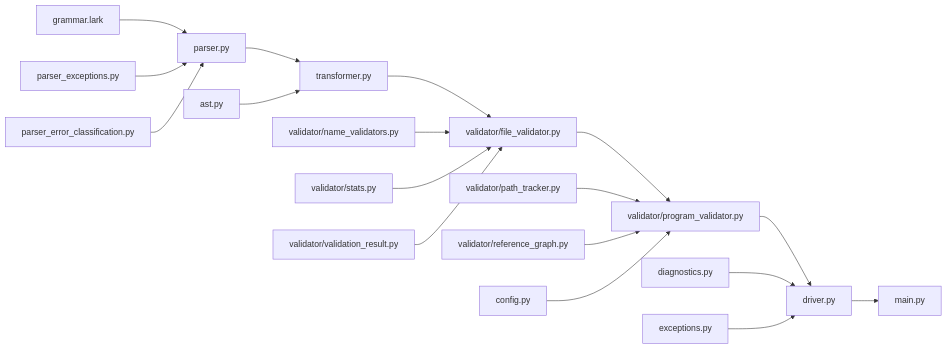
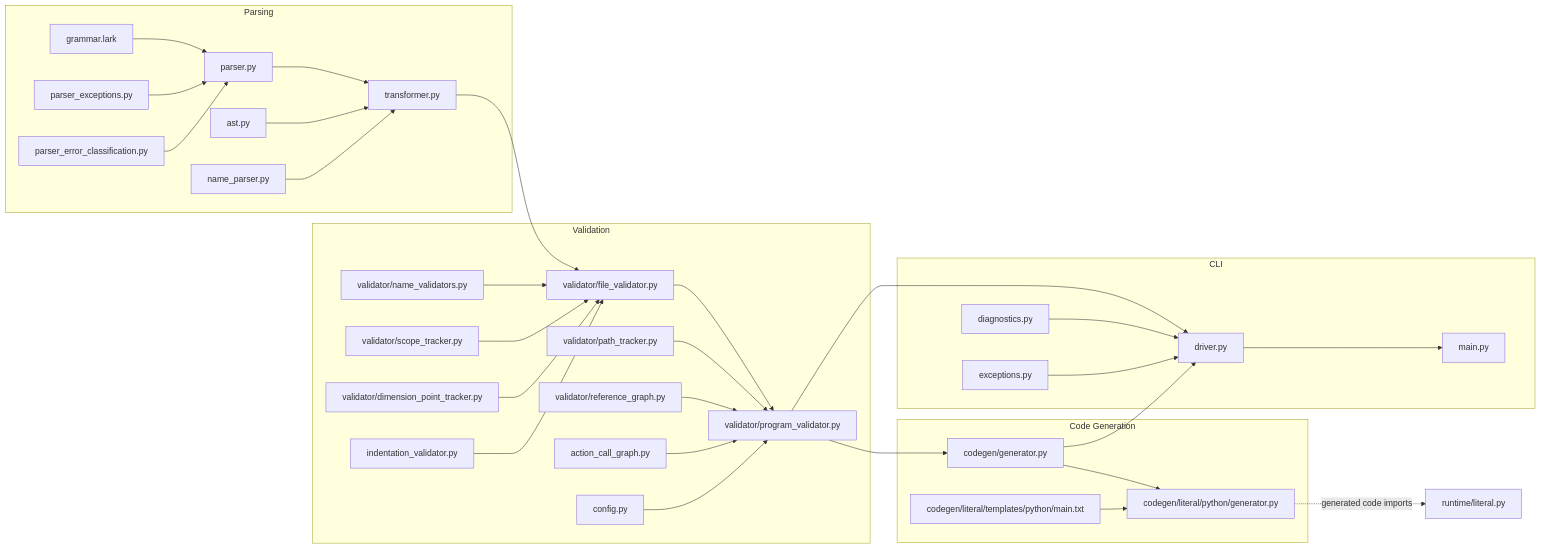
Before and after one commit to define-lang/define: the diagram in define/AGENTS.md, drawn with Mermaid. The commit also changed other lines of this file, not shown here.

Commit message:
Update AGENTS.md with current compiler architecture
Add code generation section with regen tool instructions and rewrite
the Mermaid diagram to reflect the full compiler pipeline including
code generation, runtime, and all current modules.

````diff
--- a/define/AGENTS.md
+++ b/define/AGENTS.md
@@ -26,22 +26,40 @@
 ```mermaid
 flowchart LR
-    Grammar["grammar.lark"] --> Parser["parser.py"]
-    ParseErrors["parser_exceptions.py"] --> Parser
-    ParserErrorClassification["parser_error_classification.py"] --> Parser
-    Parser --> Transformer["transformer.py"]
-    AST["ast.py"] --> Transformer
-    Transformer --> FileValidator["validator/file_validator.py"]
-    NameValidators["validator/name_validators.py"] --> FileValidator
-    Stats["validator/stats.py"] --> FileValidator
-    ValidationResult["validator/validation_result.py"] --> FileValidator
-    FileValidator --> ProgramValidator["validator/program_validator.py"]
-    PathTracker["validator/path_tracker.py"] --> ProgramValidator
-    ReferenceGraph["validator/reference_graph.py"] --> ProgramValidator
-    ProgramValidator --> Driver["driver.py"]
+    subgraph Parsing
+        Grammar["grammar.lark"] --> Parser["parser.py"]
+        ParseErrors["parser_exceptions.py"] --> Parser
+        ErrorClassification["parser_error_classification.py"] --> Parser
+        Parser --> Transformer["transformer.py"]
+        AST["ast.py"] --> Transformer
+        NameParser["name_parser.py"] --> Transformer
+    end
 
-    Config["config.py"] --> ProgramValidator
-    Diagnostics["diagnostics.py"] --> Driver
-    Exceptions["exceptions.py"] --> Driver
+    subgraph Validation
+        Transformer --> FileValidator["validator/file_validator.py"]
+        NameValidators["validator/name_validators.py"] --> FileValidator
+        ScopeTracker["validator/scope_tracker.py"] --> FileValidator
+        DPTracker["validator/dimension_point_tracker.py"] --> FileValidator
+        IndentValidator["indentation_validator.py"] --> FileValidator
+        FileValidator --> ProgramValidator["validator/program_validator.py"]
+        PathTracker["validator/path_tracker.py"] --> ProgramValidator
+        ReferenceGraph["validator/reference_graph.py"] --> ProgramValidator
+        ActionCallGraph["action_call_graph.py"] --> ProgramValidator
+        Config["config.py"] --> ProgramValidator
+    end
 
-    Driver --> Main["main.py"]
+    subgraph CodeGen["Code Generation"]
+        ProgramValidator --> CodeGenerator["codegen/generator.py"]
+        CodeGenerator --> PythonGenerator["codegen/literal/python/generator.py"]
+        Template["codegen/literal/templates/python/main.txt"] --> PythonGenerator
+    end
+
+    subgraph CLI
+        CodeGenerator --> Driver["driver.py"]
+        ProgramValidator --> Driver
+        Diagnostics["diagnostics.py"] --> Driver
+        Exceptions["exceptions.py"] --> Driver
+        Driver --> Main["main.py"]
+    end
+
+    PythonGenerator -.->|generated code imports| Runtime["runtime/literal.py"]
 ```
````
